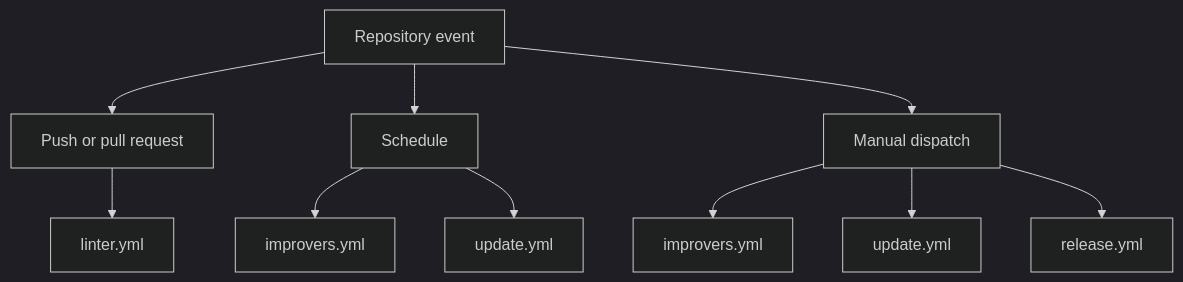
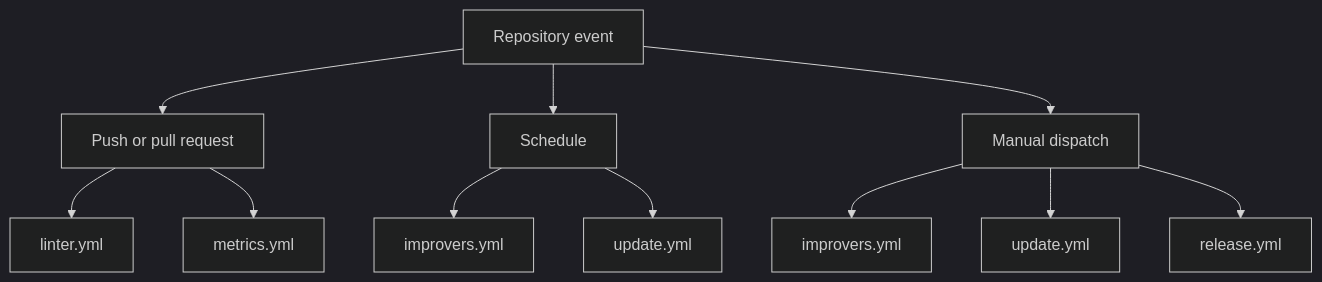
One commit to electrocucaracha/gh-workflows changed the diagram in .github/workflows/README.md. Above: the diagram before and after it, drawn with Mermaid (dark theme). The commit also changed other lines of this file, not shown here.

First line of the commit message:
docs(workflows): add metrics workflow to documentation

````diff
--- a/.github/workflows/README.md
+++ b/.github/workflows/README.md
@@ -13,13 +14,14 @@
 ```mermaid
 flowchart TD
     A[Repository event] --> B[Push or pull request]
     A --> C[Schedule]
     A --> D[Manual dispatch]
 
     B --> B1[linter.yml]
+    B --> B2[metrics.yml]
     C --> C1[improvers.yml]
     C --> C2[update.yml]
     D --> D1[improvers.yml]
     D --> D2[update.yml]
     D --> D3[release.yml]
 ```
````
